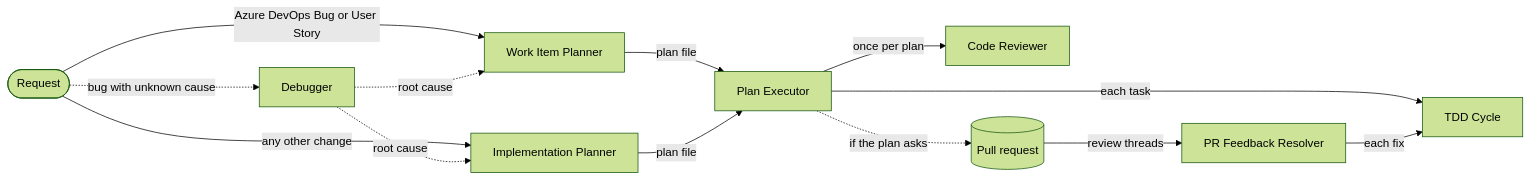
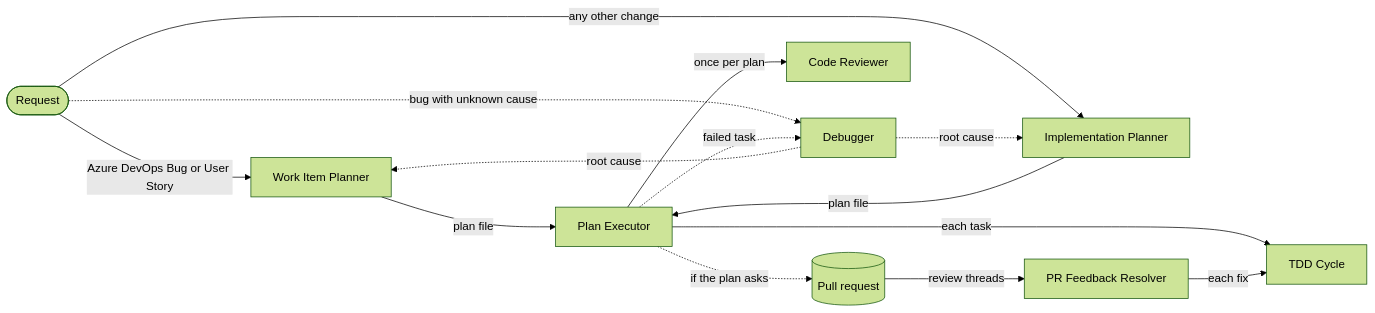
The diagram in README.md (mcbodge/copilot-agent-team), drawn with Mermaid (forest theme) before and after one commit. The commit also changed other lines of this file and 15 other files, not shown here.

````diff
--- a/README.md
+++ b/README.md
@@ -20,15 +21,16 @@
 ```mermaid
 flowchart LR
     REQ([Request]) -->|Azure DevOps Bug or User Story| WIP[Work Item Planner]
     REQ -->|any other change| IMP[Implementation Planner]
     REQ -.->|bug with unknown cause| DBG[Debugger]
     DBG -.->|root cause| WIP
     DBG -.->|root cause| IMP
     WIP -->|plan file| EX[Plan Executor]
     IMP -->|plan file| EX
     EX -->|each task| TDD[TDD Cycle]
     EX -->|once per plan| REV[Code Reviewer]
+    EX -.->|failed task| DBG
     EX -.->|if the plan asks| PR[(Pull request)]
     PR -->|review threads| PFR[PR Feedback Resolver]
     PFR -->|each fix| TDD
 ```
````
